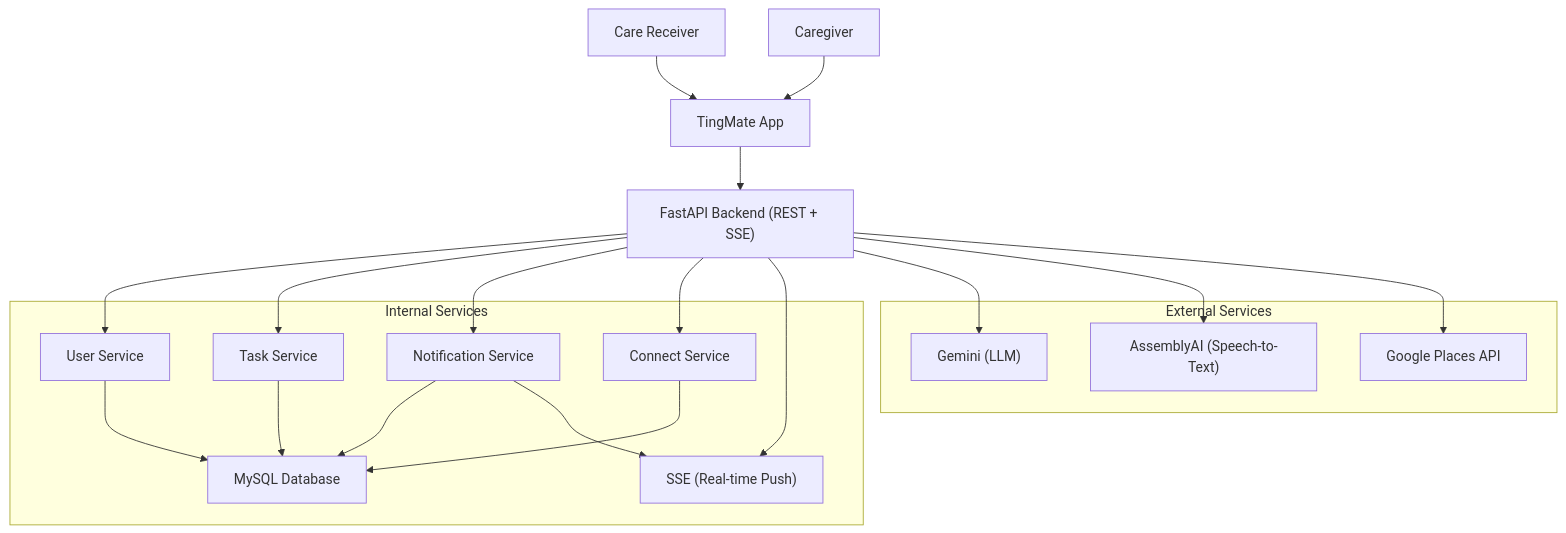
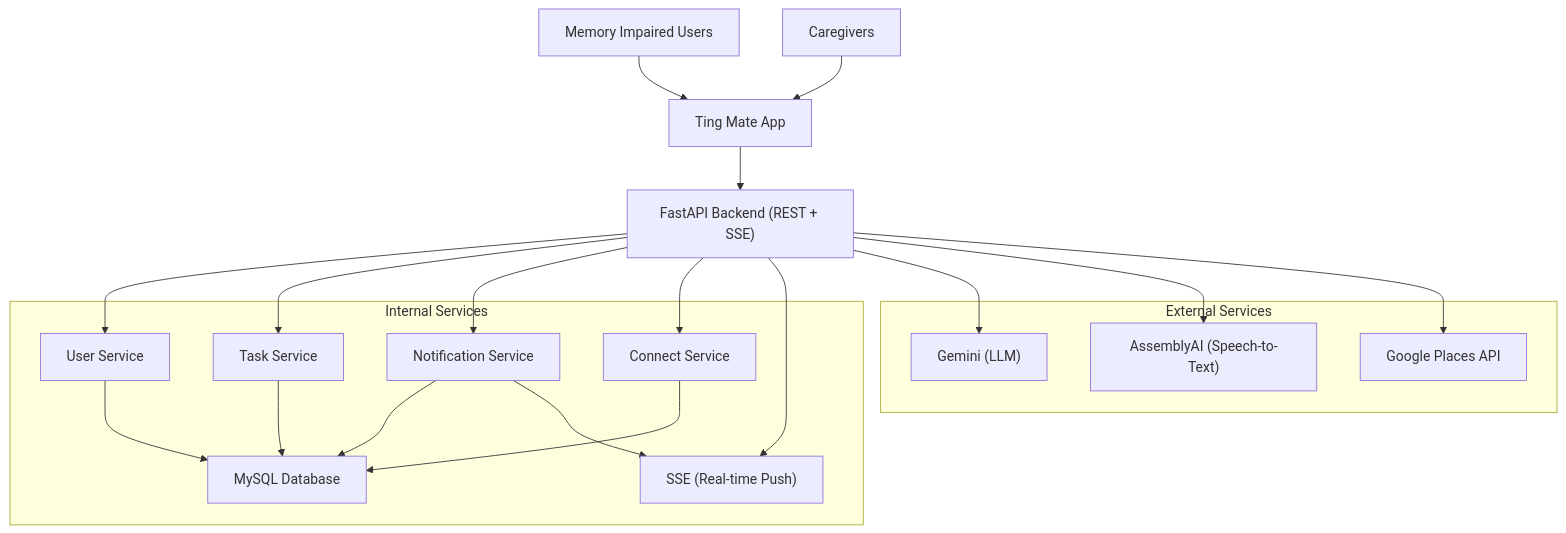
The first of 2 diagrams in README.md (vivi2393142/ting-mate-backend), drawn with Mermaid before and after one commit. The commit also changed other lines of this file and 2 other files, not shown here.

````diff
--- a/README.md
+++ b/README.md
@@ -19,28 +19,28 @@
 ```mermaid
 flowchart TD
  subgraph Internal["Internal Services"]
         UserService["User Service"]
         TaskService["Task Service"]
         NotificationService["Notification Service"]
         ConnectService["Connect Service"]
         SSE["SSE (Real-time Push)"]
         DB["MySQL Database"]
   end
   subgraph External["External Services"]
         Gemini["Gemini (LLM)"]
         Assembly["AssemblyAI (Speech-to-Text)"]
         GoogleAPI["Google Places API"]
   end
 
-    CareReceiver["Care Receiver"] --> App["TingMate App"]
-    Caregiver["Caregiver"] --> App
+    CareReceiver["Memory Impaired Users"] --> App["Ting Mate App"]
+    Caregiver["Caregivers"] --> App
     App --> BackendAPI["FastAPI Backend (REST + SSE)"]
     UserService --> DB
     TaskService --> DB
     NotificationService --> DB & SSE
     ConnectService --> DB
     BackendAPI --> UserService & TaskService & NotificationService & ConnectService & SSE
     BackendAPI --> Gemini
     BackendAPI --> Assembly
     BackendAPI --> GoogleAPI
 ```
````
